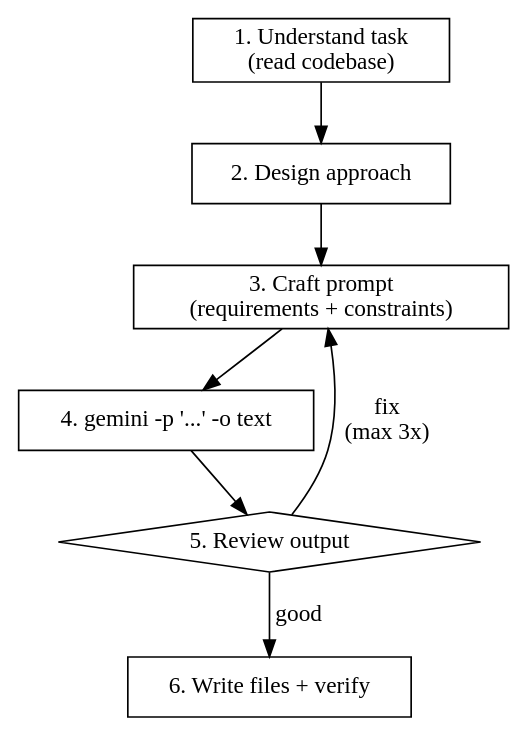
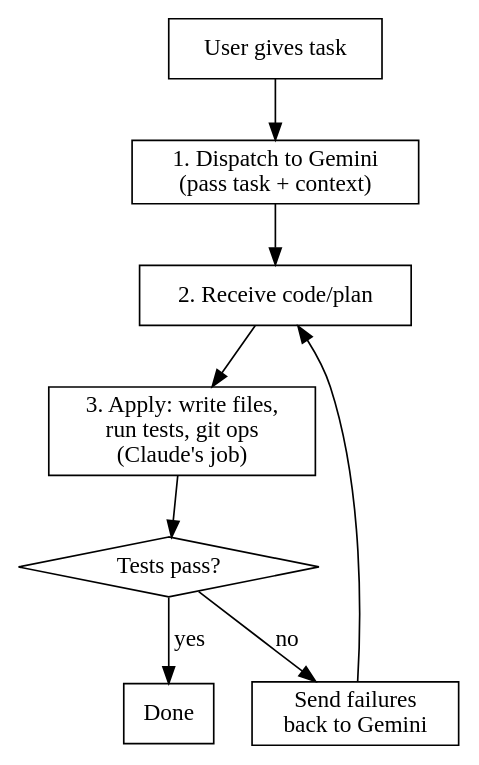
One commit to signalnine/tango-and-cash changed the diagram in skills/tango-and-cash/SKILL.md. Above: the diagram before and after it, drawn with Graphviz. The commit also changed other lines of this file and 1 other file, not shown here.

First line of the commit message:
Rewrite skill: Gemini thinks, Claude does

````diff
--- a/skills/tango-and-cash/SKILL.md
+++ b/skills/tango-and-cash/SKILL.md
@@ -24,17 +26,19 @@
 ```dot
 digraph tango_and_cash {
     rankdir=TB;
     node [shape=box];
 
-    understand [label="1. Understand task\n(read codebase)"];
-    design [label="2. Design approach"];
-    prompt [label="3. Craft prompt\n(requirements + constraints)"];
-    implement [label="4. gemini -p '...' -o text"];
-    review [label="5. Review output" shape=diamond];
-    integrate [label="6. Write files + verify"];
+    task [label="User gives task"];
+    dispatch [label="1. Dispatch to Gemini\n(pass task + context)"];
+    receive [label="2. Receive code/plan"];
+    apply [label="3. Apply: write files,\nrun tests, git ops\n(Claude's job)"];
+    check [label="Tests pass?" shape=diamond];
+    fix [label="Send failures\nback to Gemini"];
+    done [label="Done"];
 
-    understand -> design -> prompt -> implement -> review;
-    review -> integrate [label="good"];
-    review -> prompt [label="fix\n(max 3x)"];
+    task -> dispatch -> receive -> apply -> check;
+    check -> done [label="yes"];
+    check -> fix [label="no"];
+    fix -> receive;
 }
 ```
````
